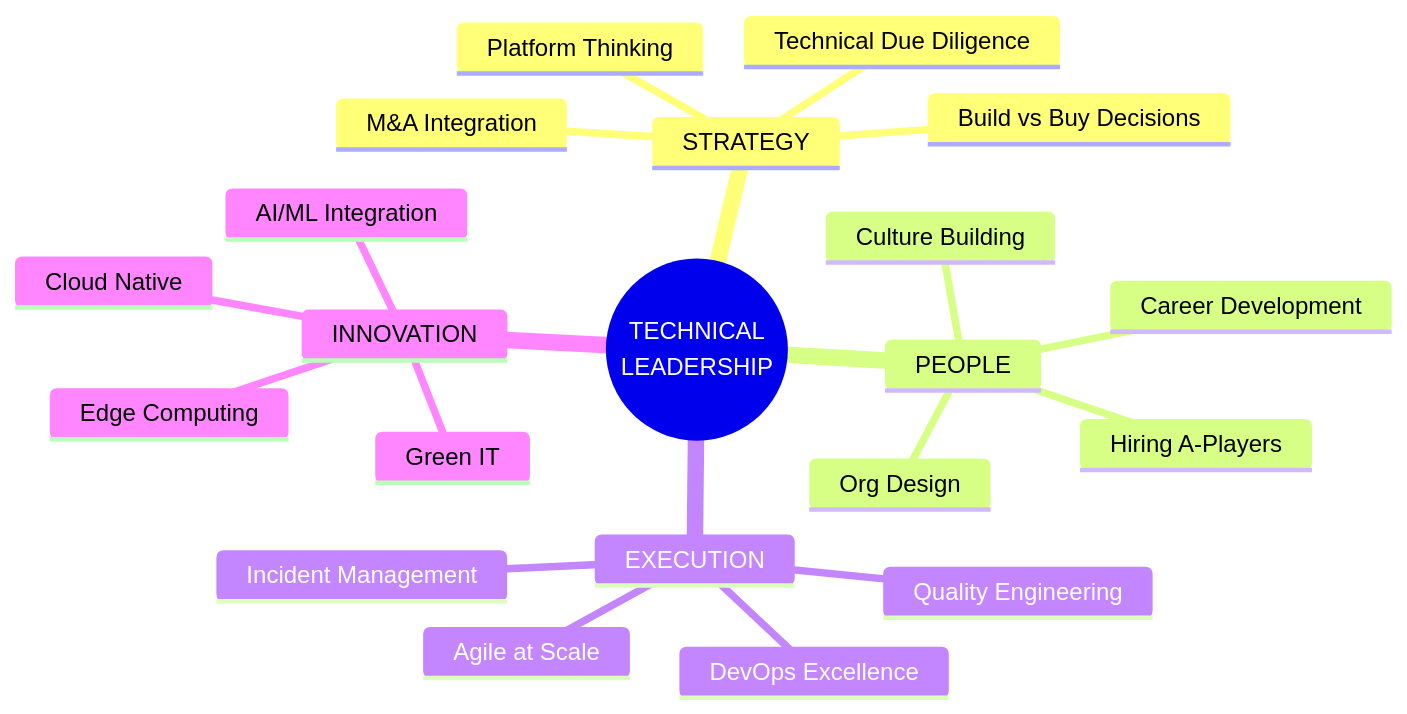
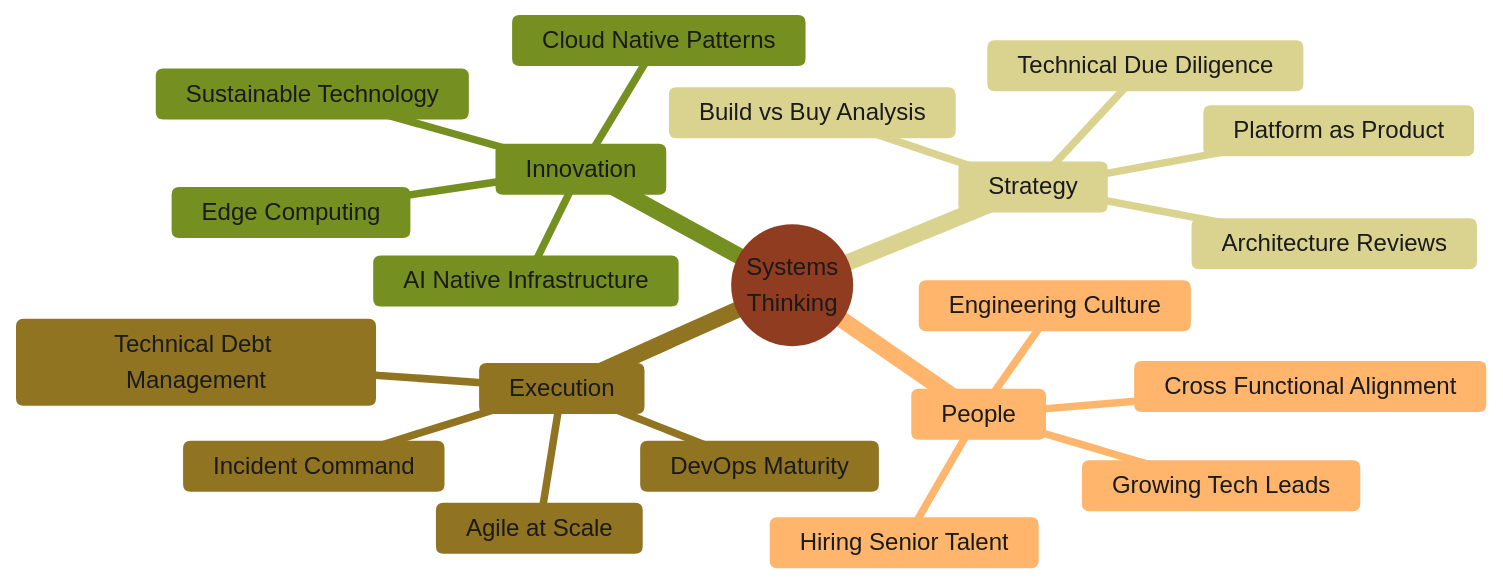
Before and after one commit to asklokesh/asklokesh: the diagram in README.md, drawn with Mermaid. The commit also changed other lines of this file, not shown here.

First line of the commit message:
Refine profile with Anthropic inspired design language

````diff
--- a/README.md
+++ b/README.md
@@ -97,24 +90,25 @@
 ```mermaid
+%%{init: {'theme': 'base', 'themeVariables': { 'primaryColor': '#d97757', 'primaryTextColor': '#1a1a1a', 'primaryBorderColor': '#d97757', 'lineColor': '#d97757', 'secondaryColor': '#faf9f0', 'tertiaryColor': '#fff5eb'}}}%%
 mindmap
-  root((TECHNICAL<br/>LEADERSHIP))
-    STRATEGY
-      Platform Thinking
-      Build vs Buy Decisions
+  root((Systems<br/>Thinking))
+    Strategy
+      Platform as Product
+      Build vs Buy Analysis
       Technical Due Diligence
-      M&A Integration
-    PEOPLE
-      Hiring A-Players
-      Career Development
-      Culture Building
-      Org Design
-    EXECUTION
+      Architecture Reviews
+    People
+      Hiring Senior Talent
+      Growing Tech Leads
+      Engineering Culture
+      Cross Functional Alignment
+    Execution
       Agile at Scale
-      DevOps Excellence
-      Quality Engineering
-      Incident Management
-    INNOVATION
-      AI/ML Integration
-      Cloud Native
+      DevOps Maturity
+      Incident Command
+      Technical Debt Management
+    Innovation
+      AI Native Infrastructure
+      Cloud Native Patterns
       Edge Computing
-      Green IT
+      Sustainable Technology
 ```
````
